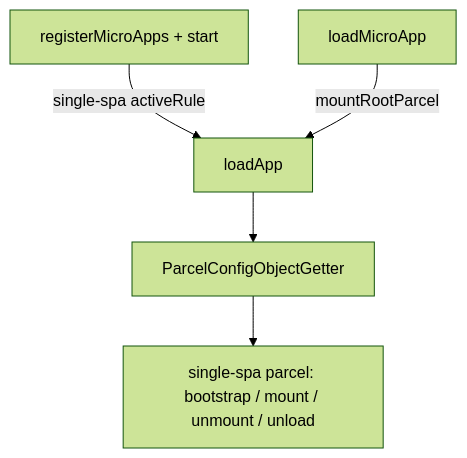
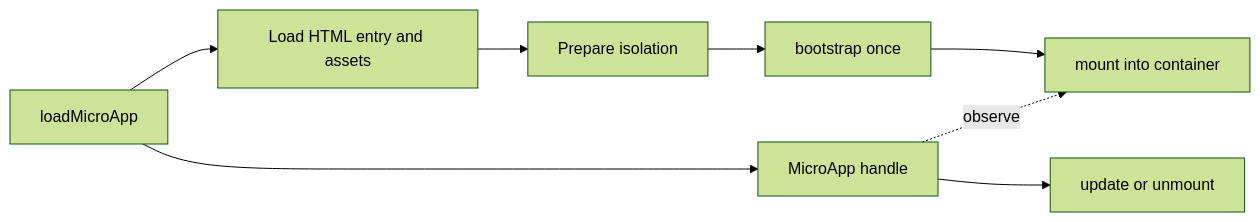
The diagram in docs/concepts/architecture.md (umijs/qiankun), drawn with Mermaid (forest theme) before and after one commit. The commit also changed other lines of this file and 89 other files, not shown here.

Commit message:
docs: make loadMicroApp the primary path

````diff
--- a/docs/concepts/architecture.md
+++ b/docs/concepts/architecture.md
@@ -14,7 +36,10 @@
 ```mermaid
-flowchart TD
-  A[registerMicroApps + start] -->|single-spa activeRule| C[loadApp]
-  B[loadMicroApp] -->|mountRootParcel| C
-  C --> D[ParcelConfigObjectGetter]
-  D --> E[single-spa parcel: bootstrap / mount / unmount / unload]
+flowchart LR
+  A[loadMicroApp] --> B[Load HTML entry and assets]
+  B --> C[Prepare isolation]
+  C --> D[bootstrap once]
+  D --> E[mount into container]
+  A --> F[MicroApp handle]
+  F -. observe .-> E
+  F --> G[update or unmount]
 ```
````
